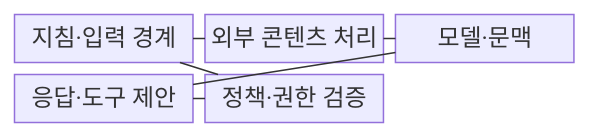
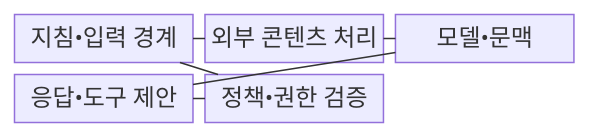
One commit to agnusdei1207/knowledge-base changed the first of 2 diagrams in src/content/docs/notes/05-security/079_prompt_injection.md. Above: the diagram before and after it, drawn with Mermaid. The commit also changed other lines of this file and 953 other files, not shown here.

````diff
--- a/src/content/docs/notes/05-security/079_prompt_injection.md
+++ b/src/content/docs/notes/05-security/079_prompt_injection.md
@@ -63,14 +63,14 @@
 ```mermaid
 block-beta
   columns 3
-  A["지침·입력 경계"]
+  A["지침•입력 경계"]
   B["외부 콘텐츠 처리"]
-  C["모델·문맥"]
-  D["응답·도구 제안"]
-  E["정책·권한 검증"]
+  C["모델•문맥"]
+  D["응답•도구 제안"]
+  E["정책•권한 검증"]
   A --- B
   B --- C
   C --- D
   D --- E
   E --- A
 ```
````
